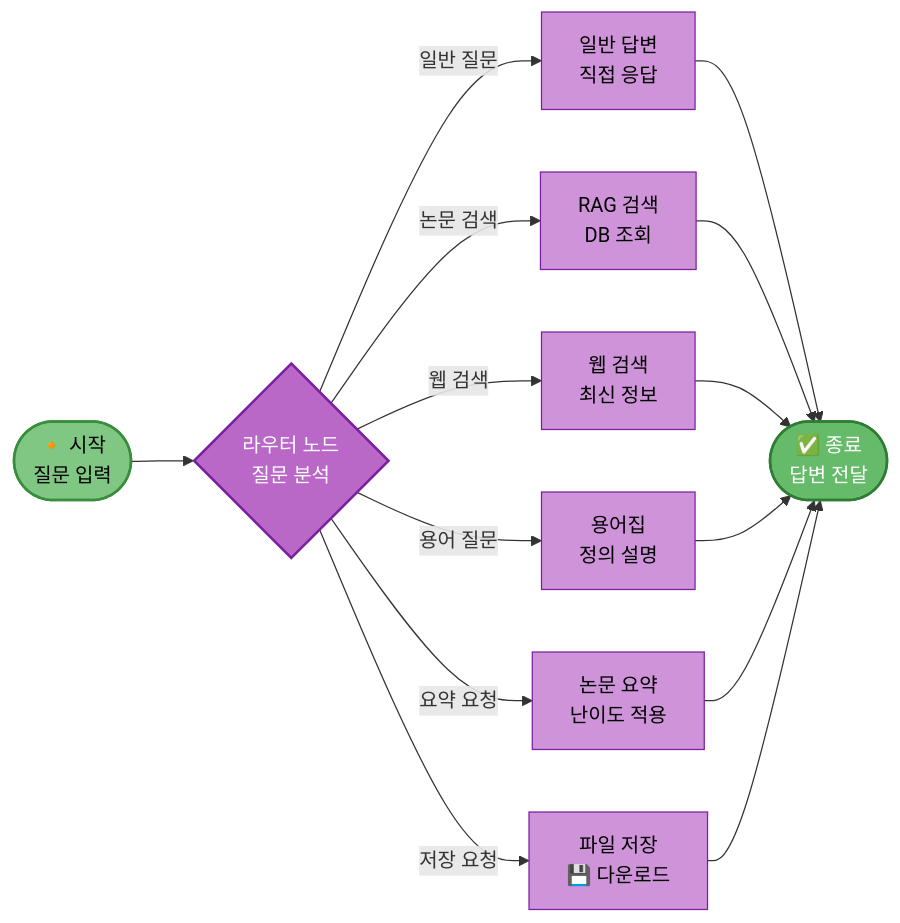
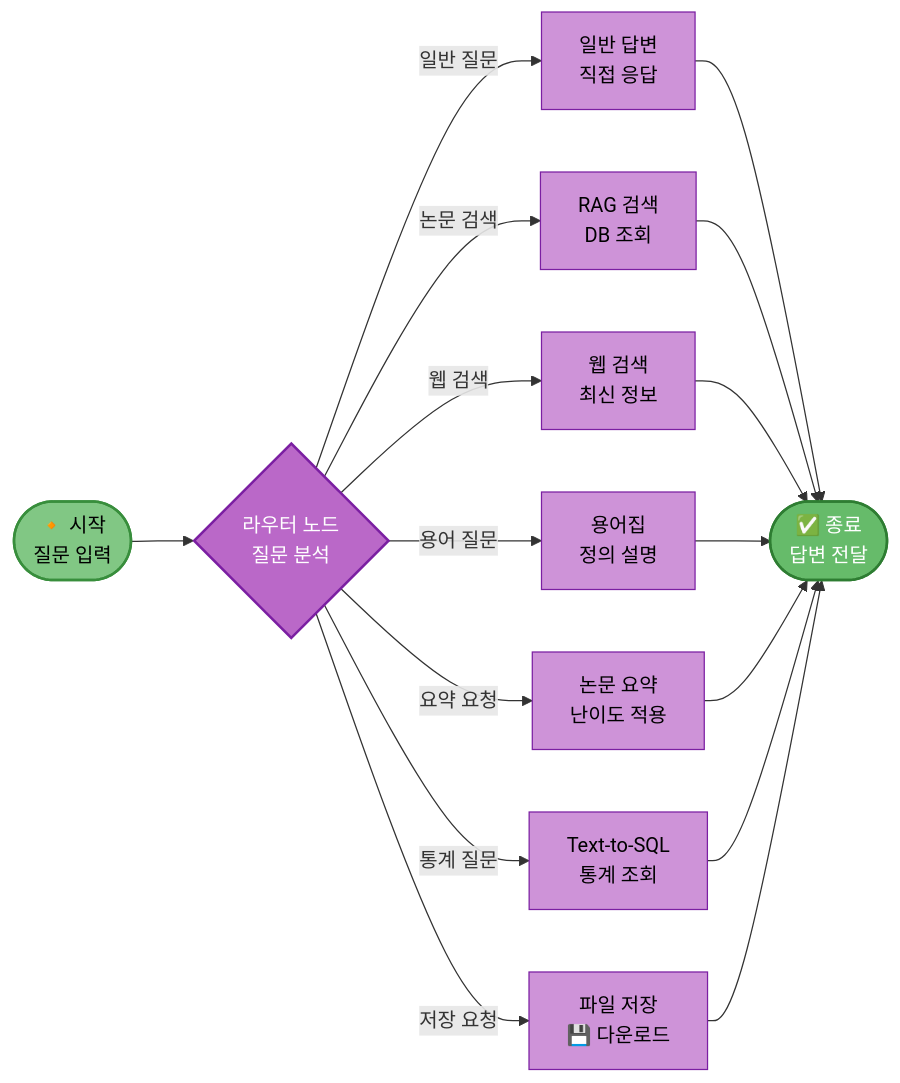
The first of 2 diagrams in docs/modularization/03_AI_Agent_시스템.md (AIBootcamp14/langchainproject-new-langchainproject_5), drawn with Mermaid before and after one commit. The commit also changed other lines of this file, not shown here.

First line of the commit message:
docs: 03번 문서에 text2sql 도구 추가

````diff
--- a/docs/modularization/03_AI_Agent_시스템.md
+++ b/docs/modularization/03_AI_Agent_시스템.md
@@ -43,31 +44,34 @@
 ```mermaid
 graph LR
     START([🔸 시작<br/>질문 입력]) --> Router{라우터 노드<br/>질문 분석}
 
     Router -->|일반 질문| General[일반 답변<br/>직접 응답]
     Router -->|논문 검색| RAG[RAG 검색<br/>DB 조회]
     Router -->|웹 검색| Web[웹 검색<br/>최신 정보]
     Router -->|용어 질문| Glossary[용어집<br/>정의 설명]
     Router -->|요약 요청| Summarize[논문 요약<br/>난이도 적용]
+    Router -->|통계 질문| Text2SQL[Text-to-SQL<br/>통계 조회]
     Router -->|저장 요청| Save[파일 저장<br/>💾 다운로드]
 
     General --> END([✅ 종료<br/>답변 전달])
     RAG --> END
     Web --> END
     Glossary --> END
     Summarize --> END
+    Text2SQL --> END
     Save --> END
 
     %% 노드 스타일
     style START fill:#81c784,stroke:#388e3c,stroke-width:2px,color:#000
     style END fill:#66bb6a,stroke:#2e7d32,stroke-width:2px,color:#fff
     style Router fill:#ba68c8,stroke:#7b1fa2,stroke-width:2px,color:#fff
 
     %% 도구 노드 스타일 (보라 계열)
     style General fill:#ce93d8,stroke:#7b1fa2,color:#000
     style RAG fill:#ce93d8,stroke:#7b1fa2,color:#000
     style Web fill:#ce93d8,stroke:#7b1fa2,color:#000
     style Glossary fill:#ce93d8,stroke:#7b1fa2,color:#000
     style Summarize fill:#ce93d8,stroke:#7b1fa2,color:#000
+    style Text2SQL fill:#ce93d8,stroke:#7b1fa2,color:#000
     style Save fill:#ce93d8,stroke:#7b1fa2,color:#000
 ```
````
